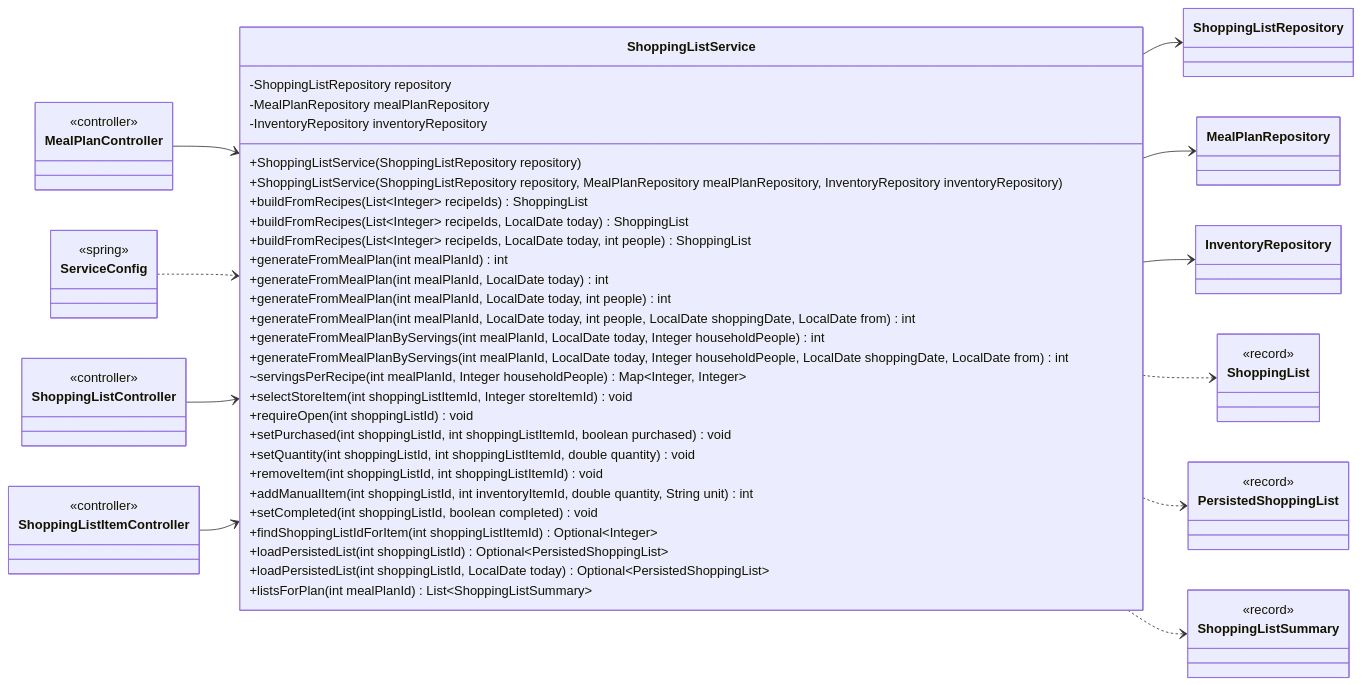
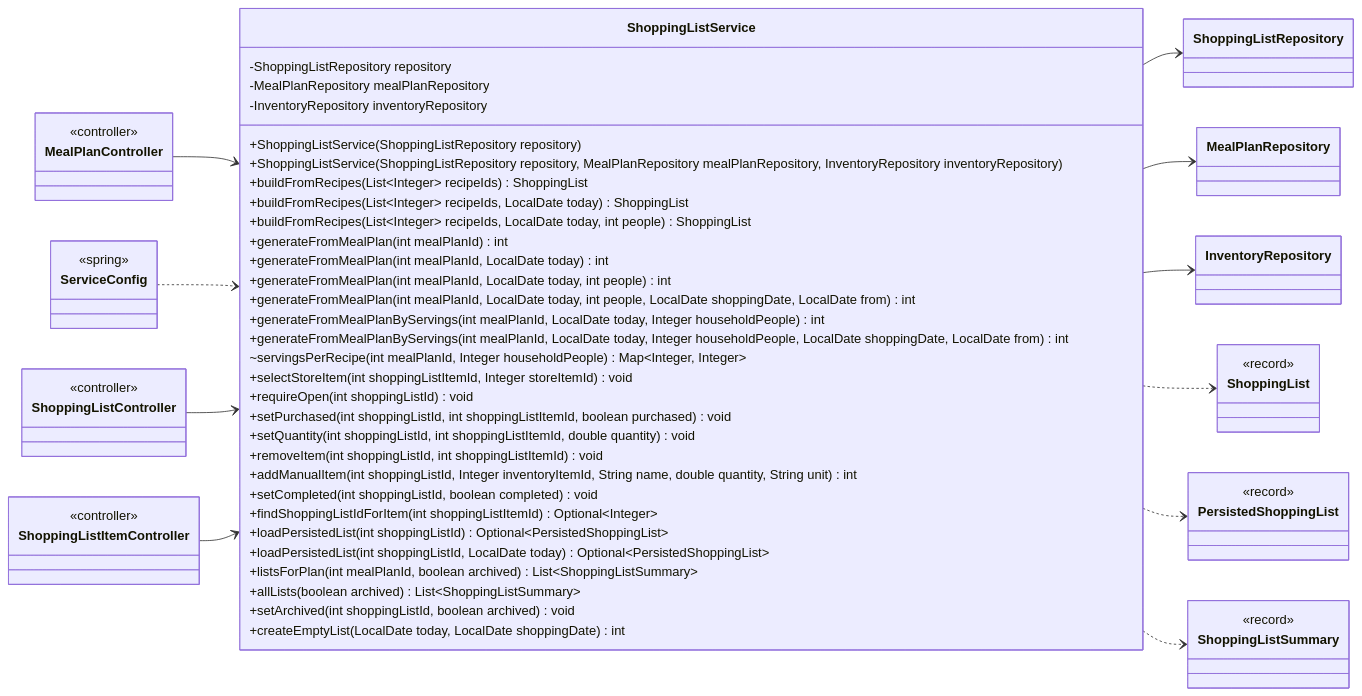
One commit to Nate-ryan-7690/dahaem changed diagram 11 of 16 in docs/classes/shopping.md. Above: the diagram before and after it, drawn with Mermaid. The commit also changed other lines of this file and 6 other files, not shown here.

````diff
--- a/docs/classes/shopping.md
+++ b/docs/classes/shopping.md
@@ -529,66 +537,69 @@
 ```mermaid
 classDiagram
     direction LR
     class shopping_ShoppingListService["ShoppingListService"] {
         -ShoppingListRepository repository
         -MealPlanRepository mealPlanRepository
         -InventoryRepository inventoryRepository
         +ShoppingListService(ShoppingListRepository repository)
         +ShoppingListService(ShoppingListRepository repository, MealPlanRepository mealPlanRepository, InventoryRepository inventoryRepository)
         +buildFromRecipes(List~Integer~ recipeIds) ShoppingList
         +buildFromRecipes(List~Integer~ recipeIds, LocalDate today) ShoppingList
         +buildFromRecipes(List~Integer~ recipeIds, LocalDate today, int people) ShoppingList
         +generateFromMealPlan(int mealPlanId) int
         +generateFromMealPlan(int mealPlanId, LocalDate today) int
         +generateFromMealPlan(int mealPlanId, LocalDate today, int people) int
         +generateFromMealPlan(int mealPlanId, LocalDate today, int people, LocalDate shoppingDate, LocalDate from) int
         +generateFromMealPlanByServings(int mealPlanId, LocalDate today, Integer householdPeople) int
         +generateFromMealPlanByServings(int mealPlanId, LocalDate today, Integer householdPeople, LocalDate shoppingDate, LocalDate from) int
         ~servingsPerRecipe(int mealPlanId, Integer householdPeople) Map~Integer, Integer~
         +selectStoreItem(int shoppingListItemId, Integer storeItemId) void
         +requireOpen(int shoppingListId) void
         +setPurchased(int shoppingListId, int shoppingListItemId, boolean purchased) void
         +setQuantity(int shoppingListId, int shoppingListItemId, double quantity) void
         +removeItem(int shoppingListId, int shoppingListItemId) void
-        +addManualItem(int shoppingListId, int inventoryItemId, double quantity, String unit) int
+        +addManualItem(int shoppingListId, Integer inventoryItemId, String name, double quantity, String unit) int
         +setCompleted(int shoppingListId, boolean completed) void
         +findShoppingListIdForItem(int shoppingListItemId) Optional~Integer~
         +loadPersistedList(int shoppingListId) Optional~PersistedShoppingList~
         +loadPersistedList(int shoppingListId, LocalDate today) Optional~PersistedShoppingList~
-        +listsForPlan(int mealPlanId) List~ShoppingListSummary~
+        +listsForPlan(int mealPlanId, boolean archived) List~ShoppingListSummary~
+        +allLists(boolean archived) List~ShoppingListSummary~
+        +setArchived(int shoppingListId, boolean archived) void
+        +createEmptyList(LocalDate today, LocalDate shoppingDate) int
     }
     class shopping_ShoppingListRepository["ShoppingListRepository"]
     class mealplanner_MealPlanRepository["MealPlanRepository"]
     class inventory_InventoryRepository["InventoryRepository"]
     class api_MealPlanController["MealPlanController"] {
         <<controller>>
     }
     class api_ShoppingListController["ShoppingListController"] {
         <<controller>>
     }
     class api_ShoppingListItemController["ShoppingListItemController"] {
         <<controller>>
     }
     class shopping_ShoppingList["ShoppingList"] {
         <<record>>
     }
     class shopping_PersistedShoppingList["PersistedShoppingList"] {
         <<record>>
     }
     class shopping_ShoppingListSummary["ShoppingListSummary"] {
         <<record>>
     }
     class api_ServiceConfig["ServiceConfig"] {
         <<spring>>
     }
     shopping_ShoppingListService --> shopping_ShoppingListRepository
     shopping_ShoppingListService --> mealplanner_MealPlanRepository
     shopping_ShoppingListService --> inventory_InventoryRepository
     shopping_ShoppingListService ..> shopping_ShoppingList
     shopping_ShoppingListService ..> shopping_PersistedShoppingList
     shopping_ShoppingListService ..> shopping_ShoppingListSummary
     api_MealPlanController --> shopping_ShoppingListService
     api_ServiceConfig ..> shopping_ShoppingListService
     api_ShoppingListController --> shopping_ShoppingListService
     api_ShoppingListItemController --> shopping_ShoppingListService
 ```
````
